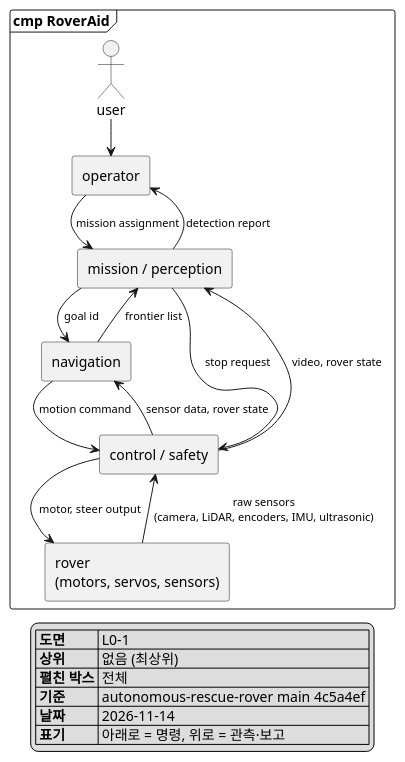
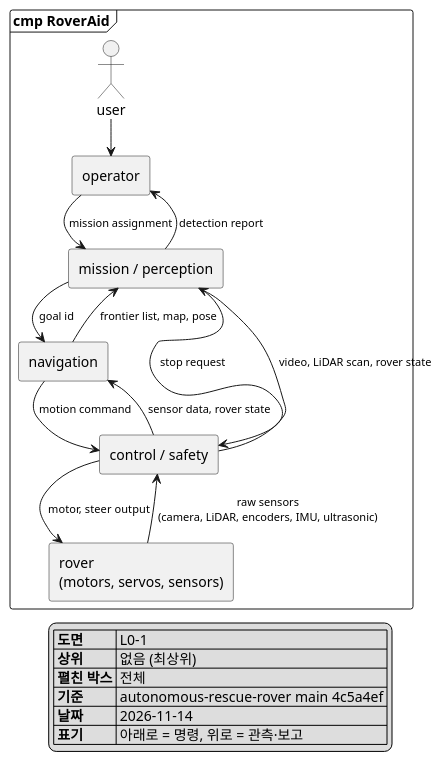
Before and after one commit to Ruysong/autonomous-rescue-rover: the diagram in docs/architecture/L0-1_system.puml, drawn with PlantUML. The commit also changed 8 other files, not shown here.

```diff
--- a/docs/architecture/L0-1_system.puml
+++ b/docs/architecture/L0-1_system.puml
@@ -1,42 +1,42 @@
 @startuml L0-1_system
 !pragma layout smetana
 skinparam monochrome true
 skinparam shadowing false
 skinparam defaultFontName "Malgun Gothic"
 skinparam componentStyle rectangle
 skinparam ArrowFontSize 11
 top to bottom direction
 
 frame "cmp RoverAid" {
   actor "user" as USER
   component "operator" as OPERATOR
   component "mission / perception" as MISSION
   component "navigation" as NAV
   component "control / safety" as CONTROL
   rectangle "rover\n(motors, servos, sensors)" as ROVER
 
   USER --> OPERATOR
   OPERATOR --> MISSION : mission assignment
   MISSION -up-> OPERATOR : detection report
 
   MISSION --> NAV : goal id
-  NAV -up-> MISSION : frontier list
+  NAV -up-> MISSION : frontier list, map, pose
 
   NAV --> CONTROL : motion command
   MISSION --> CONTROL : stop request
   CONTROL -up-> NAV : sensor data, rover state
-  CONTROL -up-> MISSION : video, rover state
+  CONTROL -up-> MISSION : video, LiDAR scan, rover state
 
   CONTROL --> ROVER : motor, steer output
   ROVER -up-> CONTROL : raw sensors\n(camera, LiDAR, encoders, IMU, ultrasonic)
 }
 
 legend bottom right
   |= 도면 | L0-1 |
   |= 상위 | 없음 (최상위) |
   |= 펼친 박스 | 전체 |
   |= 기준 | autonomous-rescue-rover main 4c5a4ef |
   |= 날짜 | 2026-11-14 |
   |= 표기 | 아래로 = 명령, 위로 = 관측·보고 |
 endlegend
 @enduml
```
